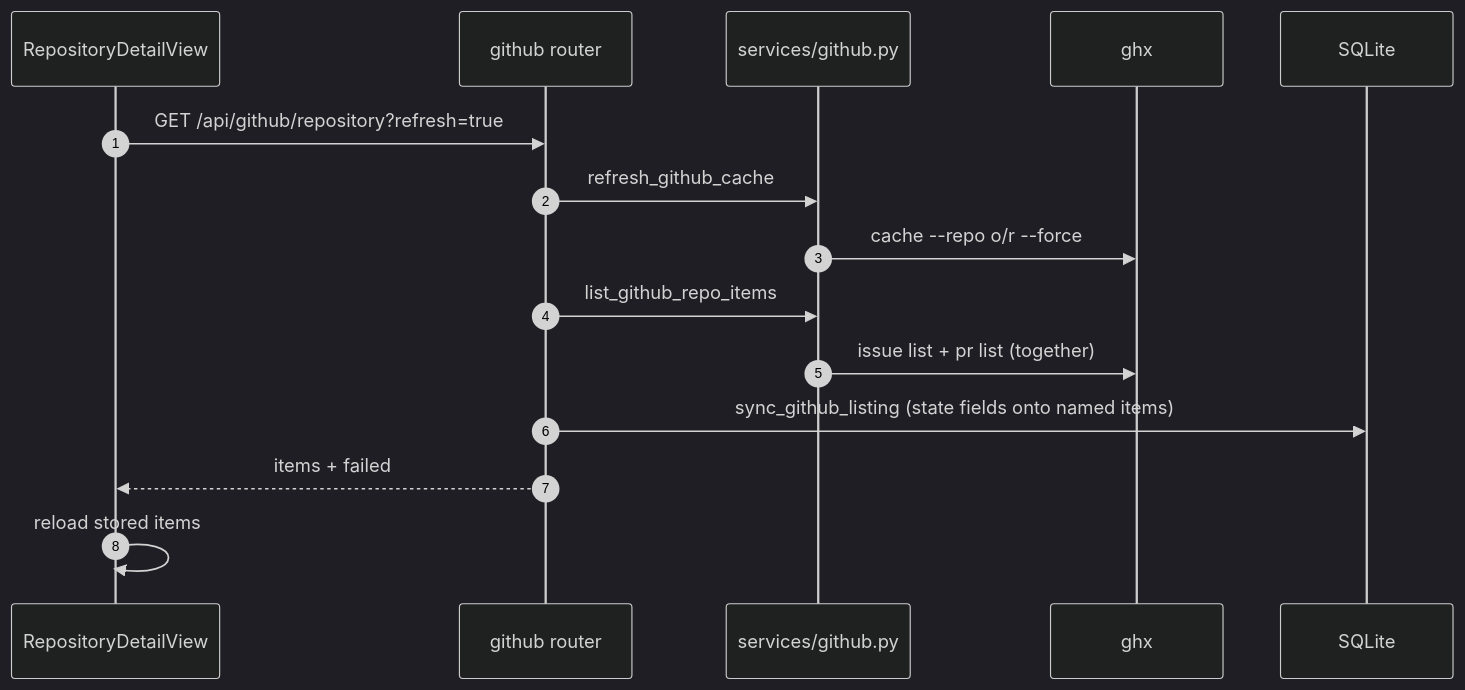
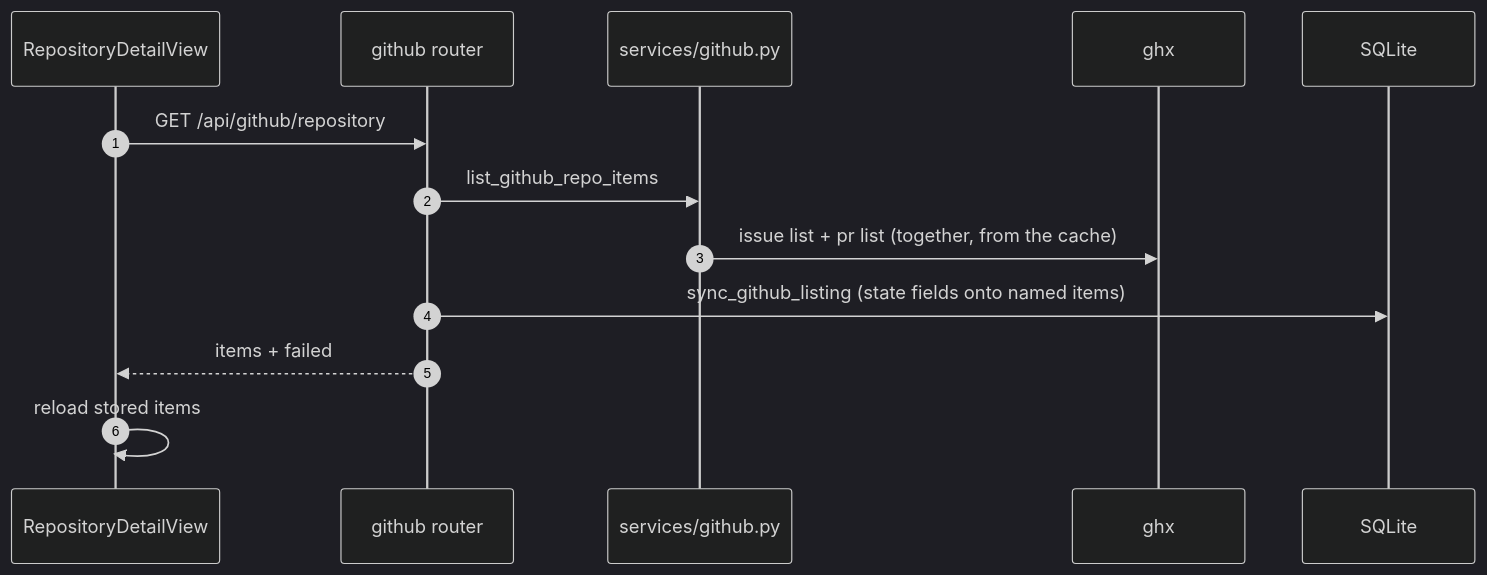
The fifth of 5 diagrams in .sdlc/features/p24-github-integration/specification.md (TomzxCode/agentic), drawn with Mermaid (dark theme) before and after one commit. The commit also changed other lines of this file and 27 other files, not shown here.

Commit message:
refactor(github): run ghx cache only from a background job

````diff
--- a/.sdlc/features/p24-github-integration/specification.md
+++ b/.sdlc/features/p24-github-integration/specification.md
@@ -151,17 +170,15 @@
 ```mermaid
 sequenceDiagram
     autonumber
     participant V as RepositoryDetailView
     participant R as github router
     participant S as services/github.py
     participant G as ghx
     participant DB as SQLite
-    V->>R: GET /api/github/repository?refresh=true
-    R->>S: refresh_github_cache
-    S->>G: cache --repo o/r --force
+    V->>R: GET /api/github/repository
     R->>S: list_github_repo_items
-    S->>G: issue list + pr list (together)
+    S->>G: issue list + pr list (together, from the cache)
     R->>DB: sync_github_listing (state fields onto named items)
     R-->>V: items + failed
     V->>V: reload stored items
 ```
````
